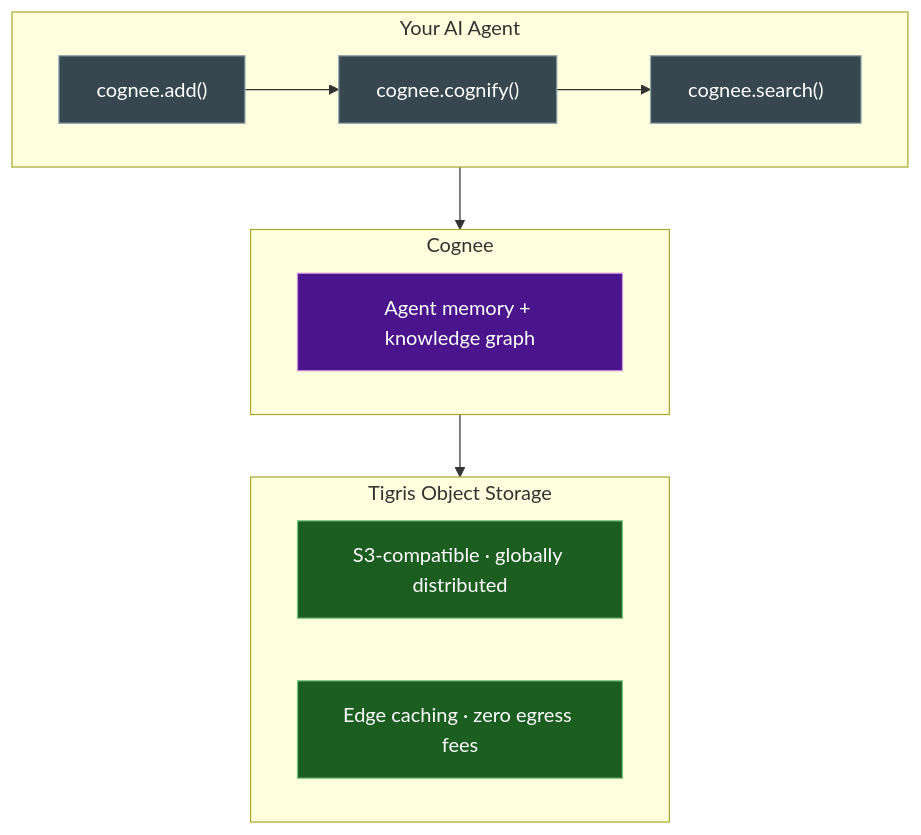
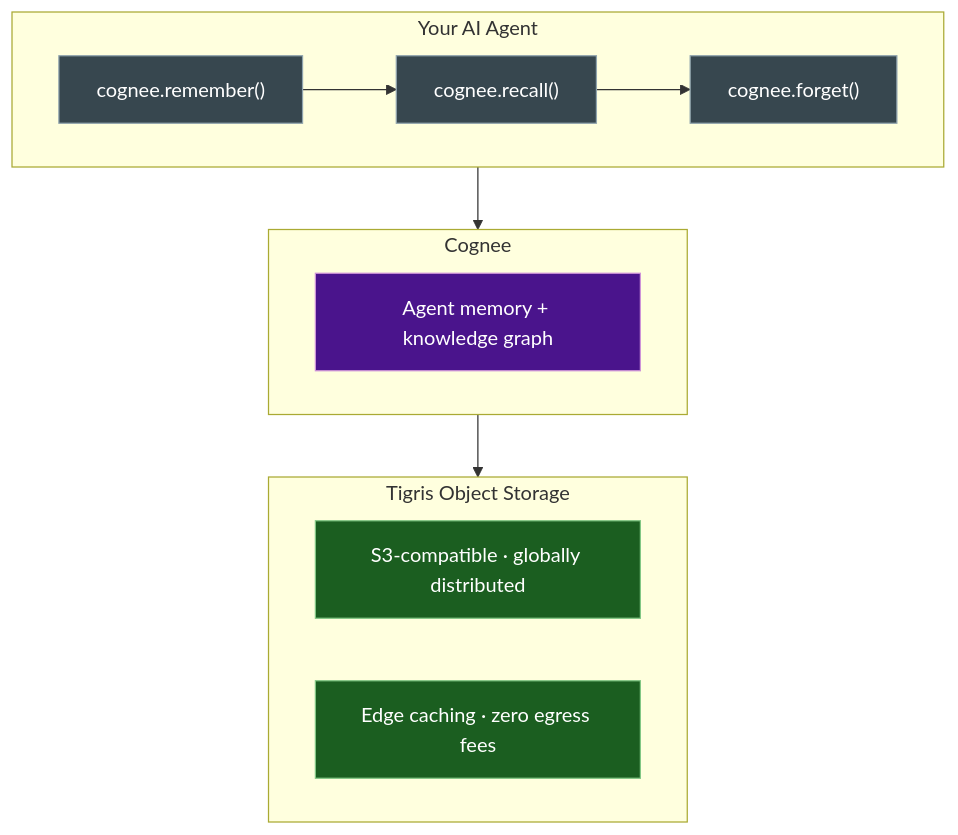
One commit to tigrisdata/tigris-os-docs changed the diagram in docs/agents/agent-cognee.mdx. Above: the diagram before and after it, drawn with Mermaid. The commit also changed other lines of this file, not shown here.

`````diff
--- a/docs/agents/agent-cognee.mdx
+++ b/docs/agents/agent-cognee.mdx
@@ -29,22 +51,21 @@
 ```mermaid
 flowchart TB
     classDef cognee fill:#4a148c,stroke:#ce93d8,color:#fff
     classDef tigris fill:#1b5e20,stroke:#81c784,color:#fff
     classDef agent fill:#37474f,stroke:#90a4ae,color:#fff
 
     subgraph Agent["Your AI Agent"]
-        add["cognee.add()"]:::agent
-        cognify["cognee.cognify()"]:::agent
-        search["cognee.search()"]:::agent
-        add --> cognify --> search
+        remember["cognee.remember()"]:::agent
+        recall["cognee.recall()"]:::agent
+        forget["cognee.forget()"]:::agent
+        remember --> recall --> forget
     end
     subgraph Cognee["Cognee"]
         memory["Agent memory + knowledge graph"]:::cognee
     end
     subgraph Tigris["Tigris Object Storage"]
         s3["S3-compatible · globally distributed"]:::tigris
         edge["Edge caching · zero egress fees"]:::tigris
     end
     Agent --> Cognee --> Tigris
-
-````
+```
`````
